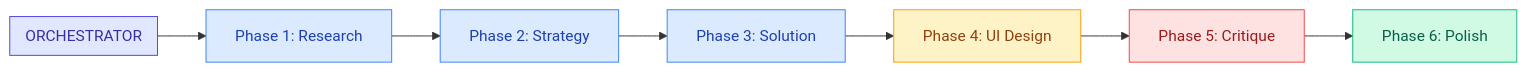
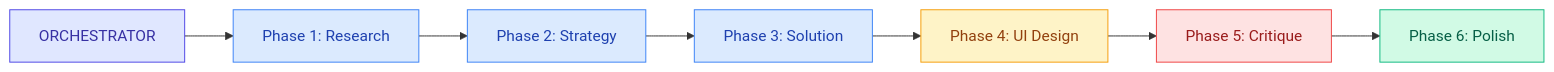
The first of 9 diagrams in docs/reference/diagram-comparison.md (smileynet/ui-optimizer), drawn with Mermaid before and after one commit. The commit also changed other lines of this file, not shown here.

First line of the commit message:
fix: separate node definitions from edges in Mermaid diagrams

````diff
--- a/docs/reference/diagram-comparison.md
+++ b/docs/reference/diagram-comparison.md
@@ -19,20 +19,15 @@
 ```mermaid
 flowchart LR
     classDef orchestrator fill:#E0E7FF,stroke:#4F46E5,color:#3730A3
     classDef research fill:#DBEAFE,stroke:#3B82F6,color:#1E40AF
     classDef design fill:#FEF3C7,stroke:#F59E0B,color:#92400E
     classDef validate fill:#FEE2E2,stroke:#EF4444,color:#991B1B
     classDef complete fill:#D1FAE5,stroke:#10B981,color:#065F46
     
-    subgraph Orchestrator["ORCHESTRATOR"]
-        direction LR
-    end
-    
-    P1[Phase 1: Research]:::research --> P2[Phase 2: Strategy]:::research
+    O[ORCHESTRATOR]:::orchestrator --> P1[Phase 1: Research]:::research
+    P1 --> P2[Phase 2: Strategy]:::research
     P2 --> P3[Phase 3: Solution]:::research
     P3 --> P4[Phase 4: UI Design]:::design
     P4 --> P5[Phase 5: Critique]:::validate
     P5 --> P6[Phase 6: Polish]:::complete
-    
-    Orchestrator:::orchestrator --> P1
 ```
````
